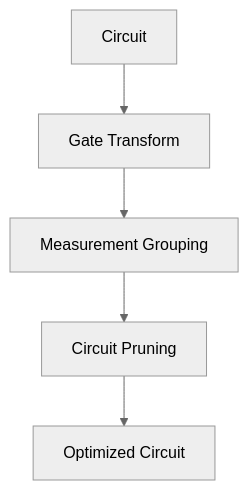
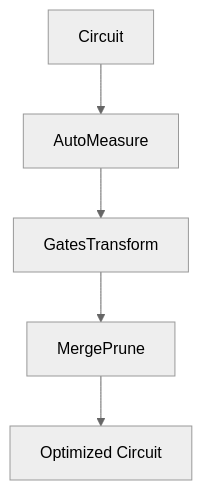
One commit to QureGenAI-Biotech/TyxonQ changed the third of 4 diagrams in .qoder/repowiki/en/content/Core Framework Architecture/Compiler Pipeline/Compilation Stages/Compilation Stages.md. Above: the diagram before and after it, drawn with Mermaid (neutral theme). The commit also changed other lines of this file and 516 other files, not shown here.

````diff
--- a/.qoder/repowiki/en/content/Core Framework Architecture/Compiler Pipeline/Compilation Stages/Compilation Stages.md
+++ b/.qoder/repowiki/en/content/Core Framework Architecture/Compiler Pipeline/Compilation Stages/Compilation Stages.md
@@ -103,7 +131,7 @@
 ```mermaid
 flowchart TD
-A[Circuit] --> B[Gate Transform]
-B --> C[Measurement Grouping]
-C --> D[Circuit Pruning]
+A[Circuit] --> B[AutoMeasure]
+B --> C[GatesTransform]
+C --> D[MergePrune]
 D --> E[Optimized Circuit]
 ```
````
